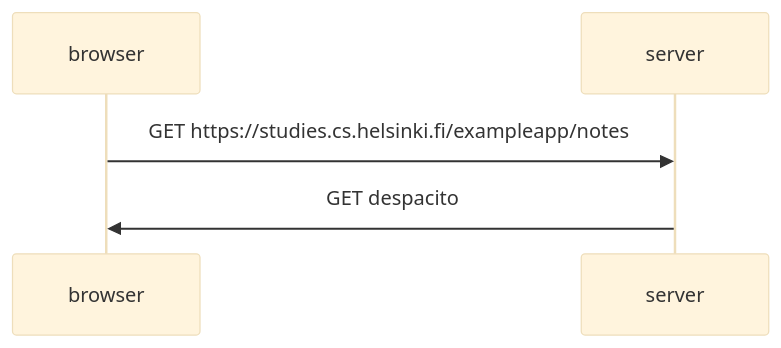
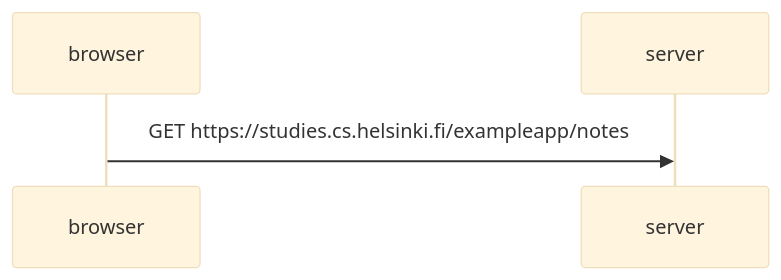
Before and after one commit to DominikDodo/fullstack: the diagram in 04-ex.md, drawn with Mermaid (base theme).

````diff
--- a/04-ex.md
+++ b/04-ex.md
@@ -1,10 +1,9 @@
 ```mermaid
 sequenceDiagram
     participant browser
     participant server
 
     browser->>server: GET https://studies.cs.helsinki.fi/exampleapp/notes
 
-    server->>browser: GET despacito
     activate server
 ```
````
